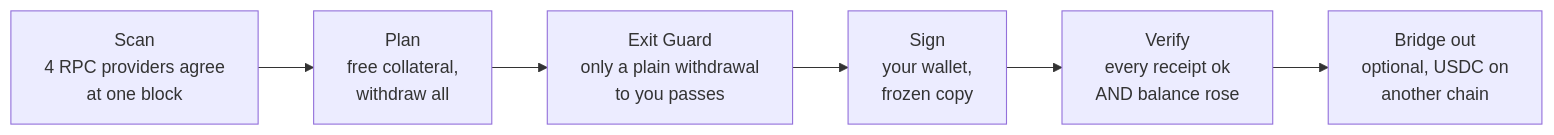
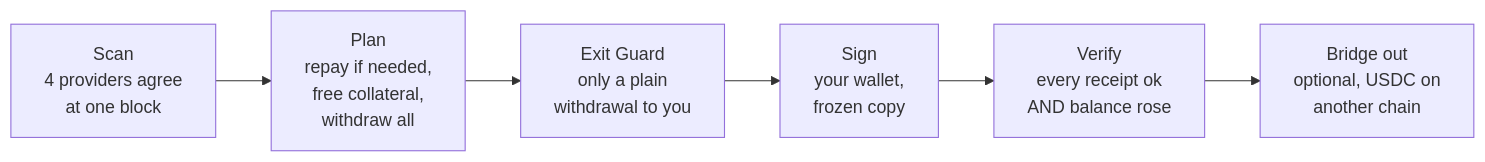
Before and after one commit to ayushsingh82/Evac: the diagram in README.md, drawn with Mermaid. The commit also changed other lines of this file and 1 other file, not shown here.

````diff
--- a/README.md
+++ b/README.md
@@ -14,8 +35,8 @@
 ```mermaid
 flowchart LR
-    A["Scan<br/>4 RPC providers agree<br/>at one block"] --> B["Plan<br/>free collateral,<br/>withdraw all"]
-    B --> C["Exit Guard<br/>only a plain withdrawal<br/>to you passes"]
+    A["Scan<br/>4 providers agree<br/>at one block"] --> B["Plan<br/>repay if needed,<br/>free collateral,<br/>withdraw all"]
+    B --> C["Exit Guard<br/>only a plain<br/>withdrawal to you"]
     C --> D["Sign<br/>your wallet,<br/>frozen copy"]
     D --> E["Verify<br/>every receipt ok<br/>AND balance rose"]
     E --> F["Bridge out<br/>optional, USDC on<br/>another chain"]
 ```
````
